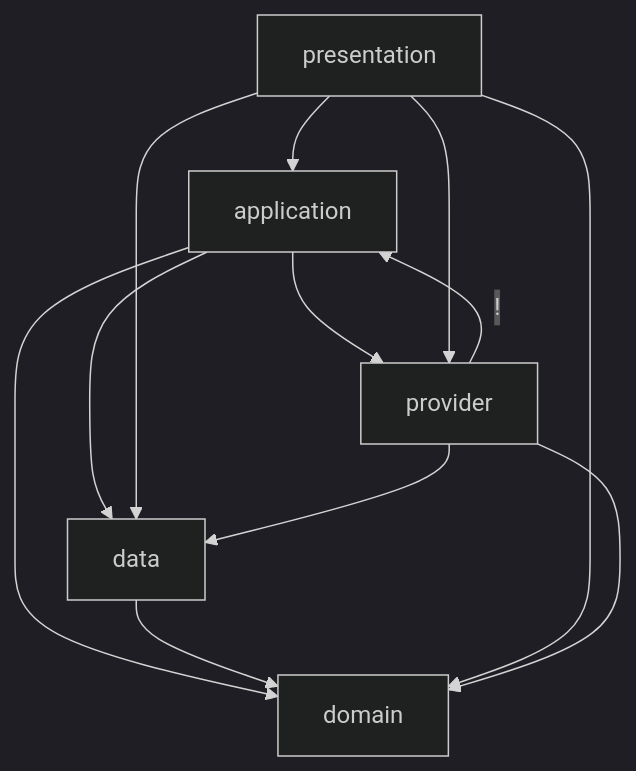
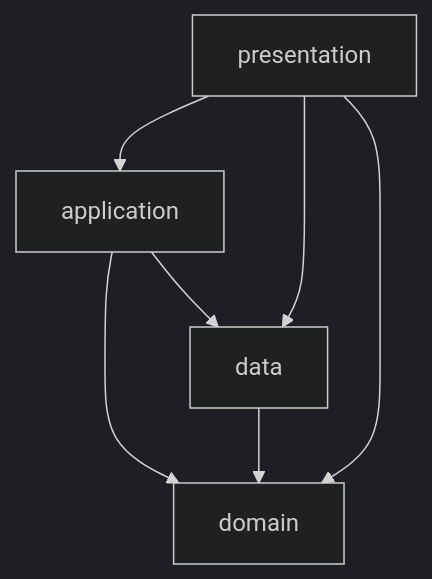
One commit to repinw/yamt changed the diagram in lib/features/inventory/DEPS.md. Above: the diagram before and after it, drawn with Mermaid (dark theme). The commit also changed other lines of this file and 275 other files, not shown here.

Commit message:
ref(inventory): architecture fixed

````diff
--- a/lib/features/inventory/DEPS.md
+++ b/lib/features/inventory/DEPS.md
@@ -6,14 +6,9 @@
 ```mermaid
 flowchart TD;
 application-->data;
 application-->domain;
-application-->provider;
 data-->domain;
 presentation-->application;
 presentation-->data;
 presentation-->domain;
-presentation-->provider;
-provider--!-->application;
-provider-->data;
-provider-->domain;
 ```
````
